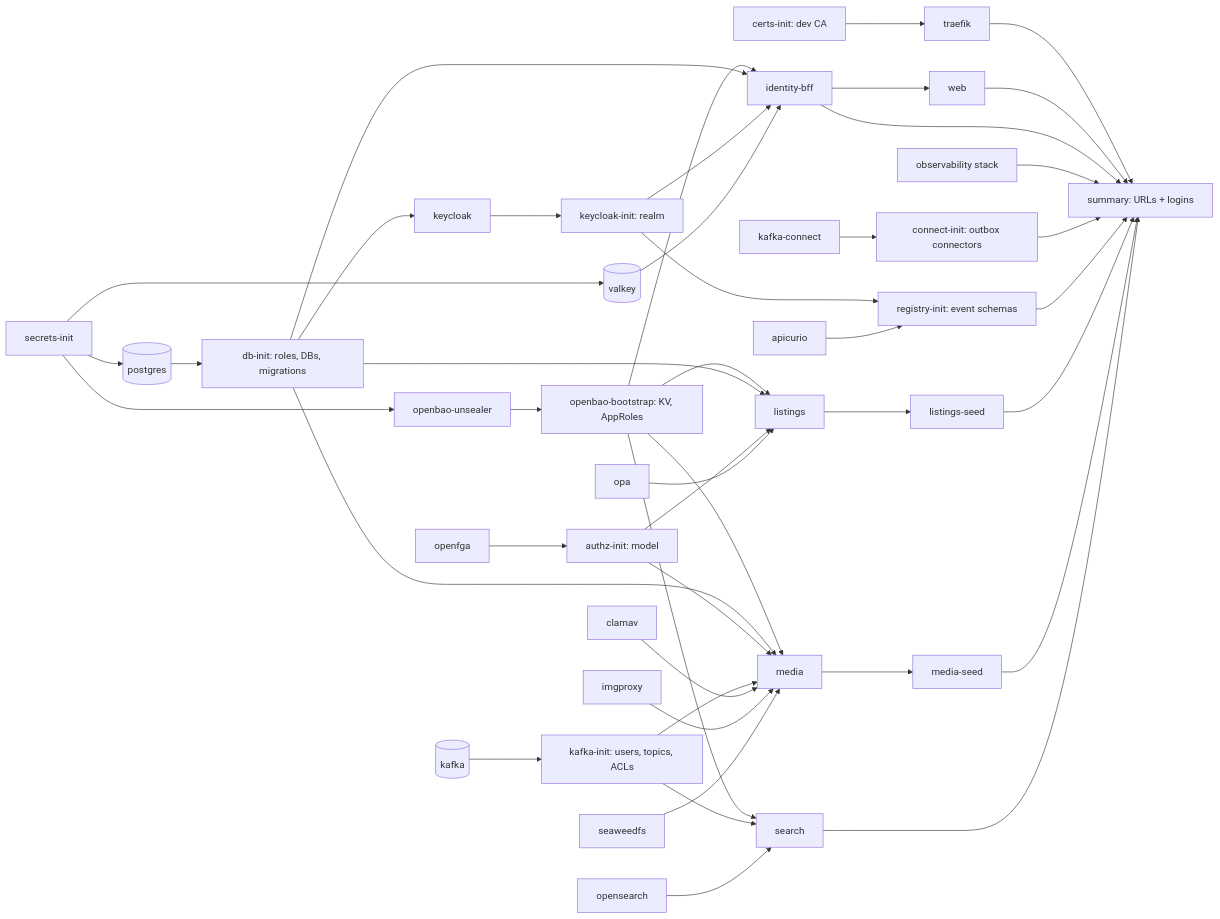
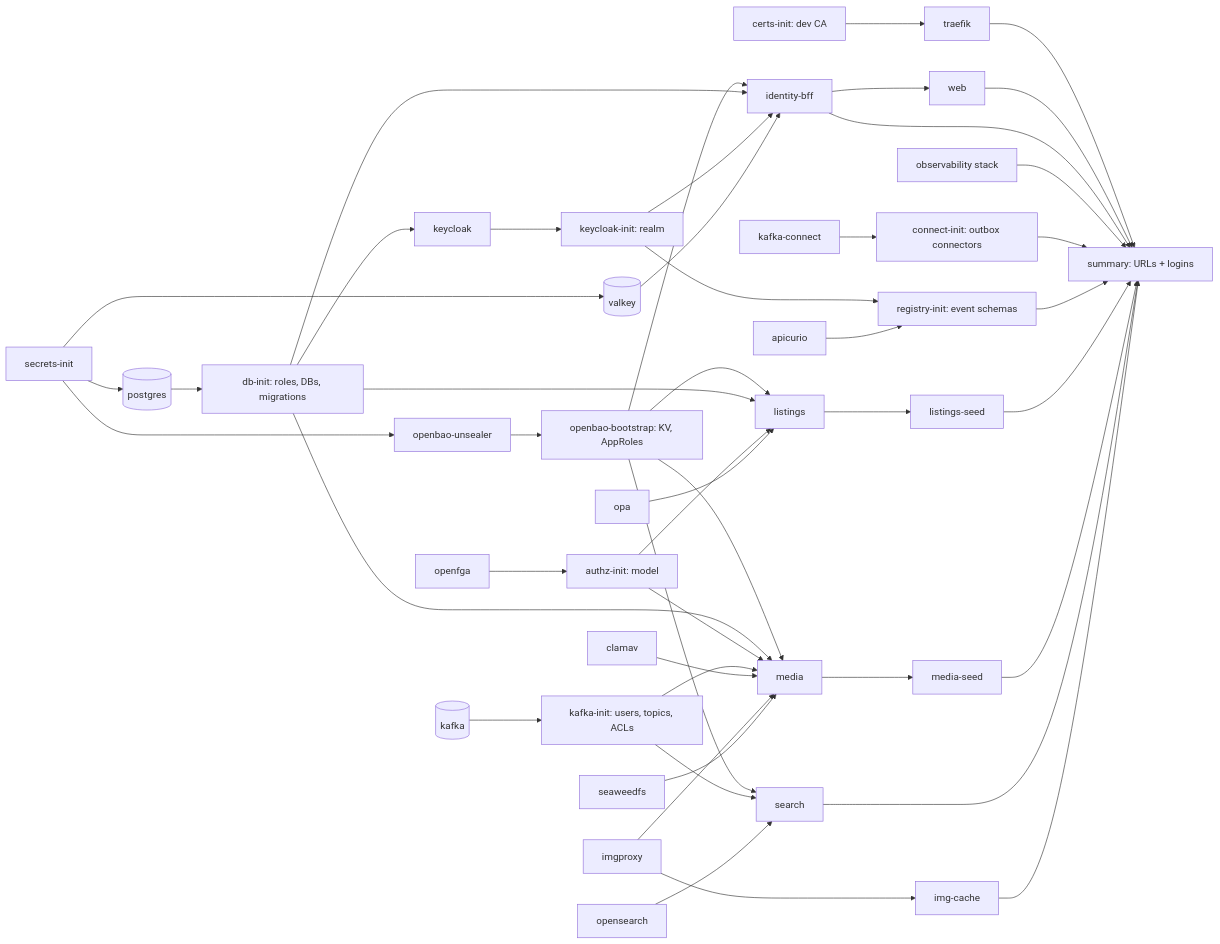
Before and after one commit to Jibsta91/raadiso: the fifth of 5 diagrams in docs/architecture/c4-container.md, drawn with Mermaid. The commit also changed other lines of this file and 26 other files, not shown here.

First line of the commit message:
Speed on the server: image cache, conditional GETs, short search cache (ADR-0059) (#59)

````diff
--- a/docs/architecture/c4-container.md
+++ b/docs/architecture/c4-container.md
@@ -253,16 +254,17 @@
 ```mermaid
 flowchart LR
   secrets[secrets-init] --> pg[(postgres)] --> db[db-init: roles, DBs, migrations] --> kc[keycloak] --> kci[keycloak-init: realm]
   secrets --> unseal[openbao-unsealer] --> baoinit[openbao-bootstrap: KV, AppRoles]
   secrets --> valkey[(valkey)]
   certs[certs-init: dev CA] --> traefik
   baoinit & db & kci & valkey --> bff[identity-bff] --> web
   kafka[(kafka)] --> kinit[kafka-init: users, topics, ACLs]
   connect[kafka-connect] --> cinit[connect-init: outbox connectors]
   kci & apicurio[apicurio] --> rinit[registry-init: event schemas]
   openfga[openfga] --> ainit[authz-init: model]
   baoinit & db & ainit & opa[opa] --> listings --> lseed[listings-seed]
   baoinit & db & ainit & kinit & clamav & imgproxy & seaweedfs --> media --> mseed[media-seed]
   baoinit & kinit & opensearch --> search
-  traefik & web & bff & obs[observability stack] & cinit & rinit & lseed & mseed & search --> summary[summary: URLs + logins]
+  imgproxy --> imgcache[img-cache]
+  traefik & web & bff & obs[observability stack] & cinit & rinit & lseed & mseed & search & imgcache --> summary[summary: URLs + logins]
 ```
````
